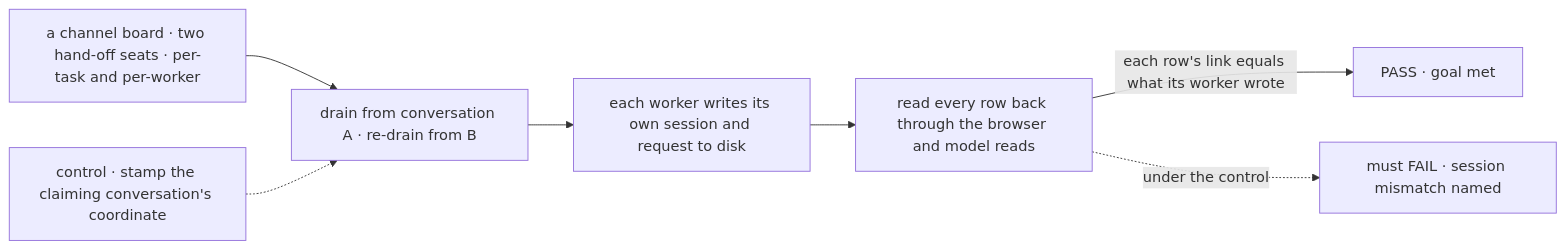
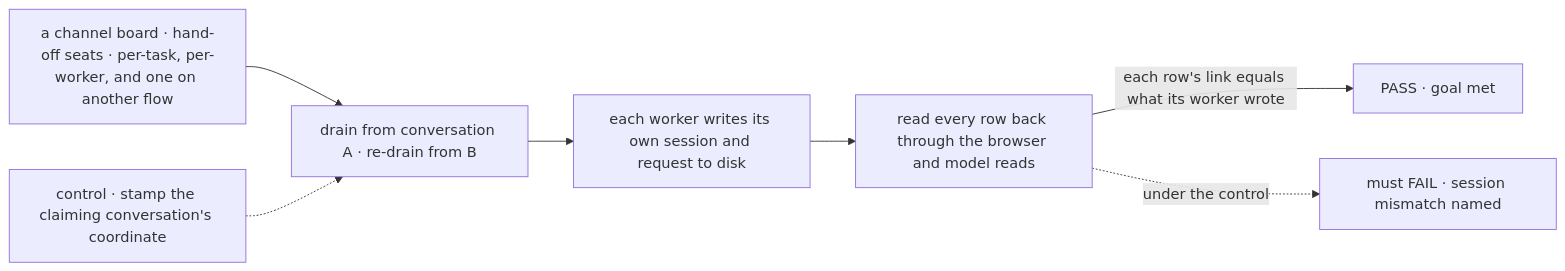
Before and after one commit to fixpoint-labs/flow-state-dev: the first of 2 diagrams in specs/issues/FIX-1668/SPEC.md, drawn with Mermaid. The commit also changed other lines of this file and 4 other files, not shown here.

````diff
--- a/specs/issues/FIX-1668/SPEC.md
+++ b/specs/issues/FIX-1668/SPEC.md
@@ -35,9 +35,9 @@
 ```mermaid
 flowchart LR
-  I["a channel board · two hand-off seats · per-task and per-worker"] --> D["drain from conversation A · re-drain from B"]
+  I["a channel board · hand-off seats · per-task, per-worker, and one on another flow"] --> D["drain from conversation A · re-drain from B"]
   D --> W["each worker writes its own session and request to disk"]
   W --> R["read every row back through the browser and model reads"]
   R -->|"each row's link equals what its worker wrote"| P["PASS · goal met"]
   C["control · stamp the claiming conversation's coordinate"] -.-> D
   R -.->|"under the control"| F["must FAIL · session mismatch named"]
 ```
````
